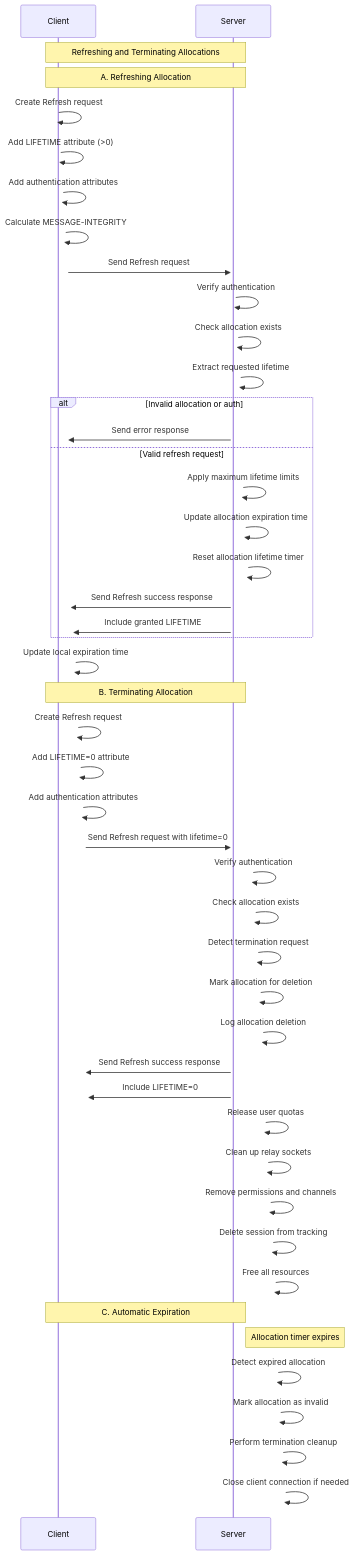
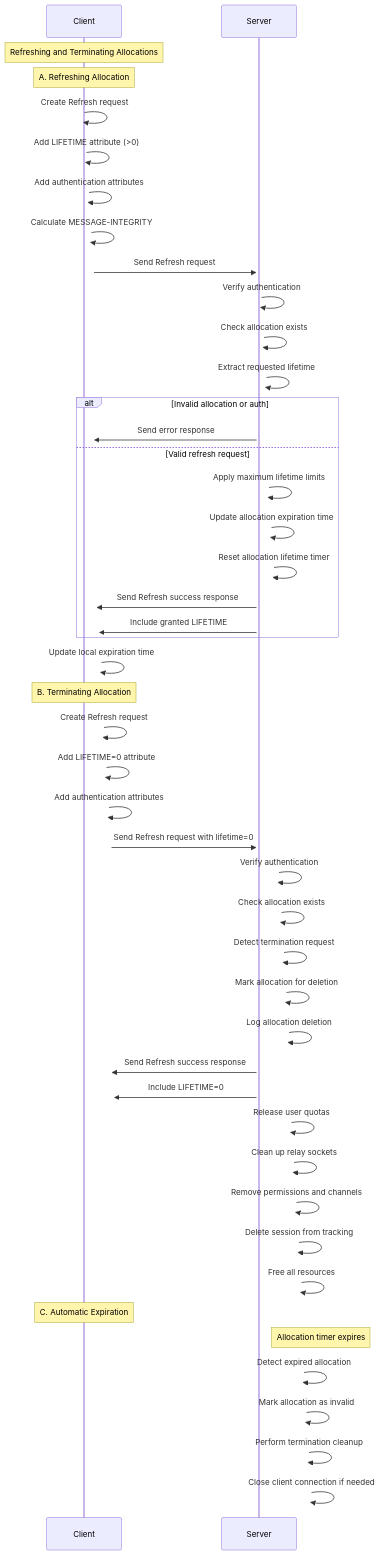
The fifth of 5 diagrams in sequence-diagram.md (hdvt/turn-design), drawn with Mermaid before and after one commit. The commit also changed other lines of this file, not shown here.

````diff
--- a/sequence-diagram.md
+++ b/sequence-diagram.md
@@ -523,63 +190,63 @@
 ```mermaid
 sequenceDiagram
     participant Client
     participant Server
     
-    Note over Client,Server: Refreshing and Terminating Allocations
+    Note over Client: Refreshing and Terminating Allocations
     
-    Note over Client,Server: A. Refreshing Allocation
+    Note over Client: A. Refreshing Allocation
     
     Client->>+Client: Create Refresh request
     Client->>+Client: Add LIFETIME attribute (>0)
     Client->>+Client: Add authentication attributes
     Client->>+Client: Calculate MESSAGE-INTEGRITY
     Client->>+Server: Send Refresh request
     
     Server->>+Server: Verify authentication
     Server->>+Server: Check allocation exists
     Server->>+Server: Extract requested lifetime
     
     alt Invalid allocation or auth
         Server->>+Client: Send error response
     else Valid refresh request
         Server->>+Server: Apply maximum lifetime limits
         Server->>+Server: Update allocation expiration time
         Server->>+Server: Reset allocation lifetime timer
         
         Server->>+Client: Send Refresh success response
         Server->>+Client: Include granted LIFETIME
     end
     
     Client->>+Client: Update local expiration time
     
-    Note over Client,Server: B. Terminating Allocation
+    Note over Client: B. Terminating Allocation
     
     Client->>+Client: Create Refresh request
     Client->>+Client: Add LIFETIME=0 attribute
     Client->>+Client: Add authentication attributes
     Client->>+Server: Send Refresh request with lifetime=0
     
     Server->>+Server: Verify authentication
     Server->>+Server: Check allocation exists
     Server->>+Server: Detect termination request
     
     Server->>+Server: Mark allocation for deletion
     Server->>+Server: Log allocation deletion
     
     Server->>+Client: Send Refresh success response
     Server->>+Client: Include LIFETIME=0
     
     Server->>+Server: Release user quotas
     Server->>+Server: Clean up relay sockets
     Server->>+Server: Remove permissions and channels
     Server->>+Server: Delete session from tracking
     Server->>+Server: Free all resources
     
-    Note over Client,Server: C. Automatic Expiration
+    Note over Client: C. Automatic Expiration
     
     Note right of Server: Allocation timer expires
     Server->>+Server: Detect expired allocation
     Server->>+Server: Mark allocation as invalid
     Server->>+Server: Perform termination cleanup
     Server->>+Server: Close client connection if needed
 ```
````
